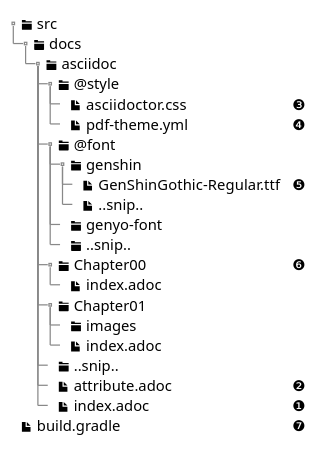
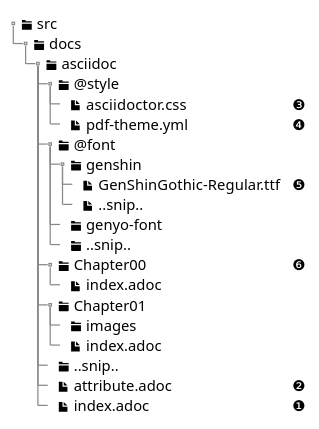
One commit to h1romas4/asciidoctor-gradle-template changed the diagram in src/docs/asciidoc/Chapter02/puml/directory-structure-3.puml. Above: the diagram before and after it, drawn with PlantUML. The commit also changed 5 other files, not shown here.

```diff
--- a/src/docs/asciidoc/Chapter02/puml/directory-structure-3.puml
+++ b/src/docs/asciidoc/Chapter02/puml/directory-structure-3.puml
@@ -3,27 +3,26 @@
 @startsalt directory-structure-3
 {
 {T
  + <&folder> src
  ++ <&folder> docs
  +++ <&folder> asciidoc
  ++++ <&folder> @style
  +++++ <&file> asciidoctor.css              | ❸
  +++++ <&file> pdf-theme.yml                | ❹
  ++++ <&folder> @font
  +++++ <&folder> genshin
  ++++++ <&file> GenShinGothic-Regular.ttf   | ❺
  ++++++ <&file> ..snip..
  +++++ <&folder> genyo-font
  +++++ <&folder> ..snip..
  ++++ <&folder> Chapter00                   | ❻
  +++++ <&file> index.adoc
  ++++ <&folder> Chapter01
  +++++ <&folder> images
  +++++ <&file> index.adoc
  ++++ <&folder> ..snip..
  ++++ <&file> attribute.adoc                | ❷
  ++++ <&file> index.adoc                    | ❶
- + <&file> build.gradle                     | ❼
 }
 }
 @endsalt
```
